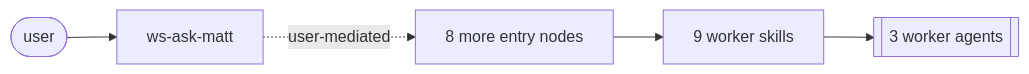
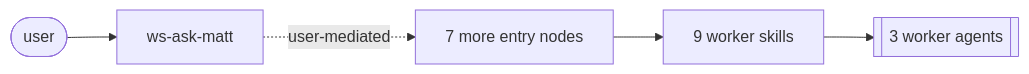
One commit to wsagency/WS-Claude-marketplace changed the diagram in plugins/ws/commands/ws-matt.md. Above: the diagram before and after it, drawn with Mermaid. The commit also changed other lines of this file and 244 other files, not shown here.

````diff
--- a/plugins/ws/commands/ws-matt.md
+++ b/plugins/ws/commands/ws-matt.md
@@ -35,7 +33,7 @@
    ```mermaid
    flowchart LR
      U([user]) --> R[ws-ask-matt]
-    R -. user-mediated .-> E[8 more entry nodes]
+    R -. user-mediated .-> E[7 more entry nodes]
      E --> W[9 worker skills]
     W --> A[[3 worker agents]]
    ```
````
